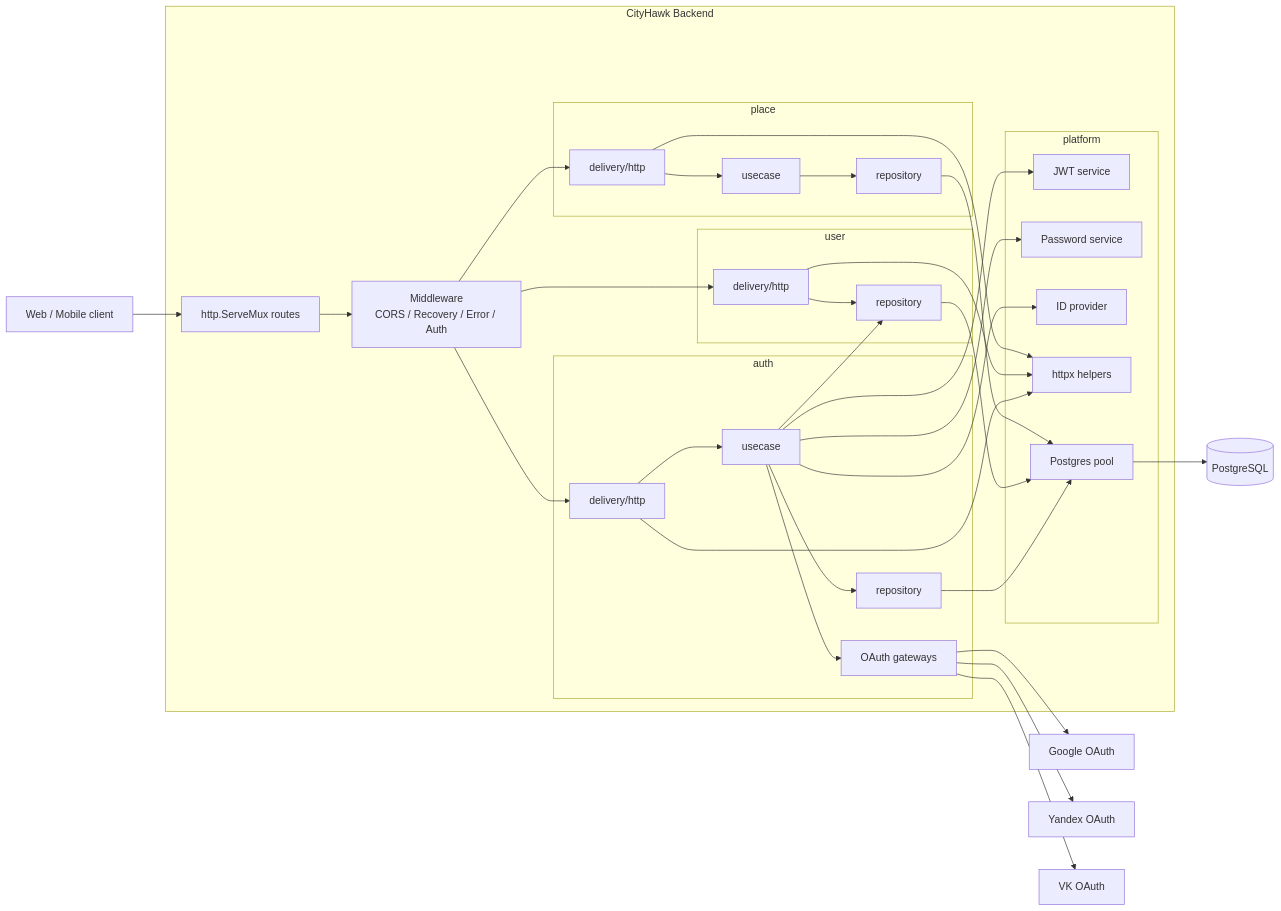
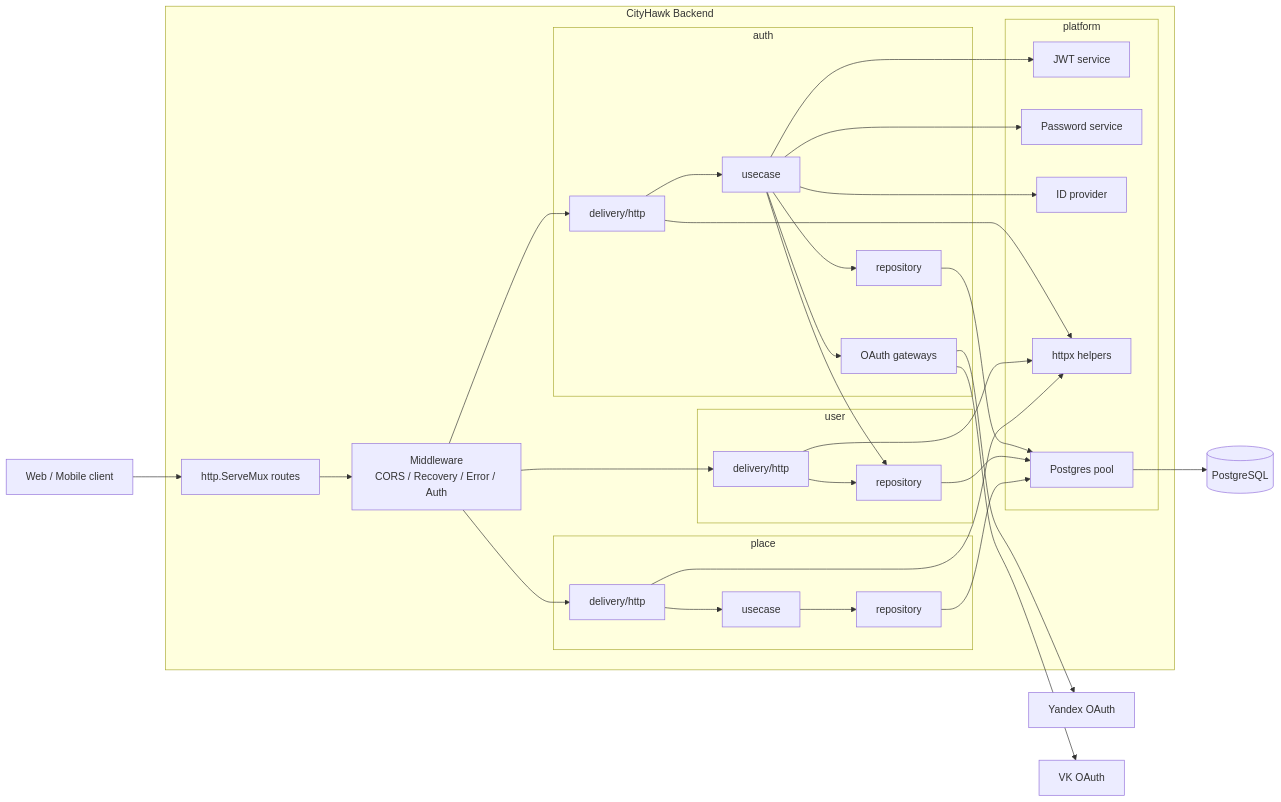
The first of 3 diagrams in docs/ARCHITECTURE.md (go-park-mail-ru/2026_1_CityHawk_Backend), drawn with Mermaid before and after one commit. The commit also changed other lines of this file and 298 other files, not shown here.

````diff
--- a/docs/ARCHITECTURE.md
+++ b/docs/ARCHITECTURE.md
@@ -74,70 +74,68 @@
 ```mermaid
 flowchart LR
     Client[Web / Mobile client]
 
     subgraph Backend[CityHawk Backend]
         Router[http.ServeMux routes]
         MW[Middleware\nCORS / Recovery / Error / Auth]
 
         subgraph Auth[auth]
             AuthHTTP[delivery/http]
             AuthUC[usecase]
             AuthRepo[repository]
             OAuthGW[OAuth gateways]
         end
 
         subgraph User[user]
             UserHTTP[delivery/http]
             UserRepo[repository]
         end
 
         subgraph Place[place]
             PlaceHTTP[delivery/http]
             PlaceUC[usecase]
             PlaceRepo[repository]
         end
 
         subgraph Platform[platform]
             JWT[JWT service]
             Bcrypt[Password service]
             ID[ID provider]
             HTTPX[httpx helpers]
             PG[Postgres pool]
         end
     end
 
     DB[(PostgreSQL)]
-    Google[Google OAuth]
     Yandex[Yandex OAuth]
     VK[VK OAuth]
 
     Client --> Router
     Router --> MW
     MW --> AuthHTTP
     MW --> UserHTTP
     MW --> PlaceHTTP
 
     AuthHTTP --> AuthUC
     AuthUC --> AuthRepo
     AuthUC --> UserRepo
     AuthUC --> JWT
     AuthUC --> Bcrypt
     AuthUC --> ID
     AuthUC --> OAuthGW
 
     UserHTTP --> UserRepo
     PlaceHTTP --> PlaceUC
     PlaceUC --> PlaceRepo
 
     AuthRepo --> PG
     UserRepo --> PG
     PlaceRepo --> PG
     PG --> DB
 
-    OAuthGW --> Google
     OAuthGW --> Yandex
     OAuthGW --> VK
     AuthHTTP --> HTTPX
     UserHTTP --> HTTPX
     PlaceHTTP --> HTTPX
 ```
````
